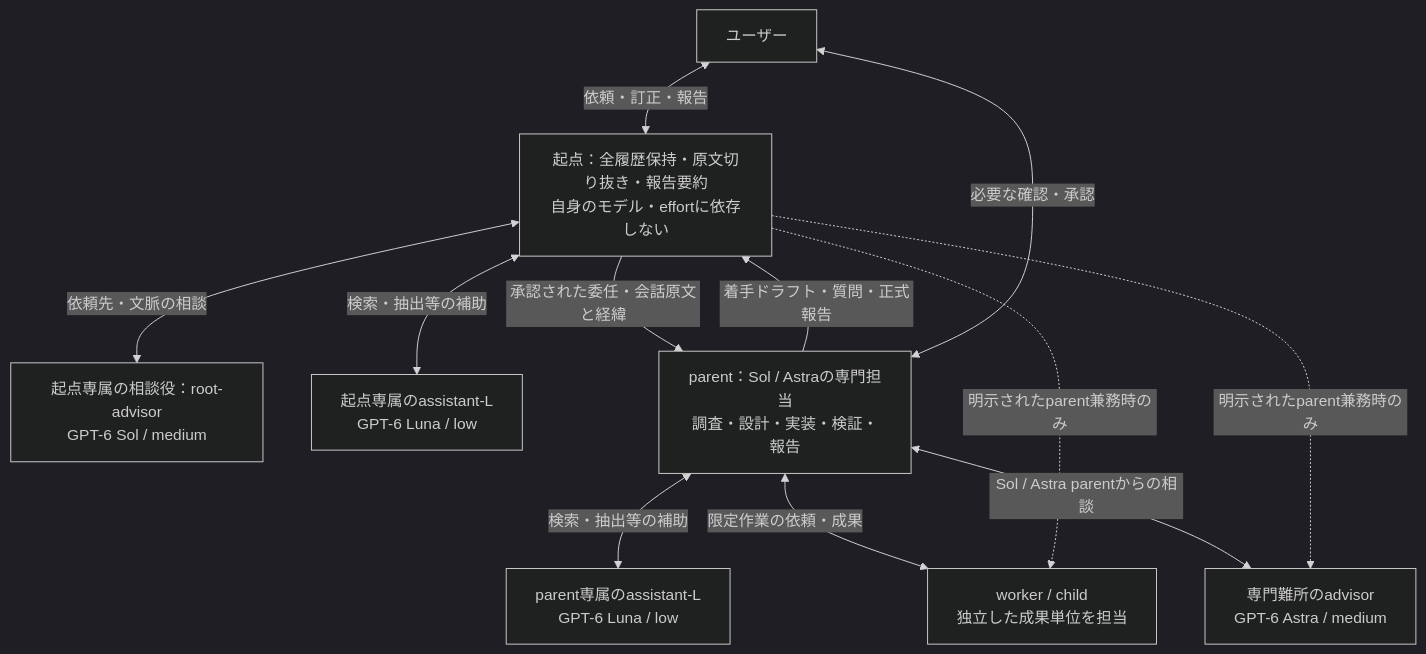
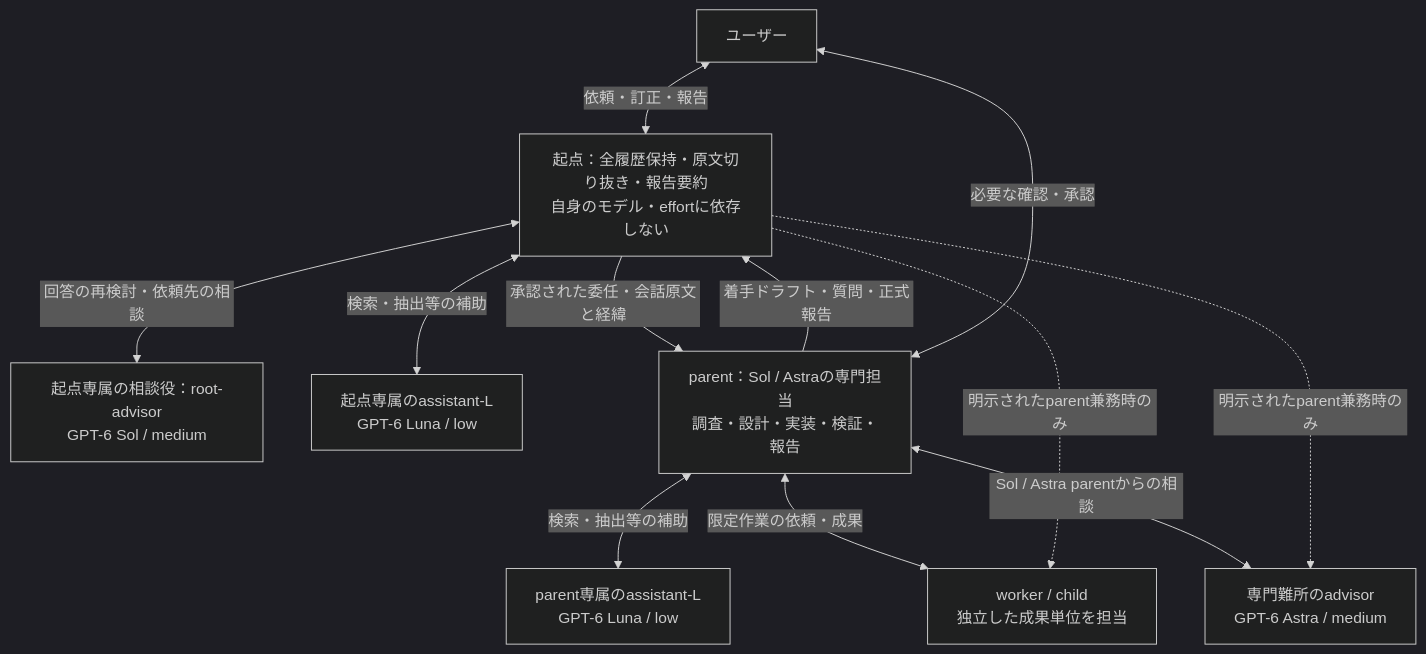
Before and after one commit to unagi/dotfiles: the first of 2 diagrams in docs/codex-subagents.md, drawn with Mermaid (dark theme). The commit also changed other lines of this file and 29 other files, not shown here.

````diff
--- a/docs/codex-subagents.md
+++ b/docs/codex-subagents.md
@@ -17,22 +15,22 @@
 ```mermaid
 flowchart TB
     U["ユーザー"]
     R["起点：全履歴保持・原文切り抜き・報告要約<br/>自身のモデル・effortに依存しない"]
     RA["起点専属の相談役：root-advisor<br/>GPT-6 Sol / medium"]
     A0["起点専属のassistant-L<br/>GPT-6 Luna / low"]
     P["parent：Sol / Astraの専門担当<br/>調査・設計・実装・検証・報告"]
     A1["parent専属のassistant-L<br/>GPT-6 Luna / low"]
     W["worker / child<br/>独立した成果単位を担当"]
     AD["専門難所のadvisor<br/>GPT-6 Astra / medium"]
     U <-->|"依頼・訂正・報告"| R
-    R <-->|"依頼先・文脈の相談"| RA
+    R <-->|"回答の再検討・依頼先の相談"| RA
     R <-->|"検索・抽出等の補助"| A0
     R -->|"承認された委任・会話原文と経緯"| P
     P -->|"着手ドラフト・質問・正式報告"| R
     P <-->|"必要な確認・承認"| U
     P <-->|"検索・抽出等の補助"| A1
     P <-->|"限定作業の依頼・成果"| W
     P <-->|"Sol / Astra parentからの相談"| AD
     R -.->|"明示されたparent兼務時のみ"| W
     R -.->|"明示されたparent兼務時のみ"| AD
 ```
````
